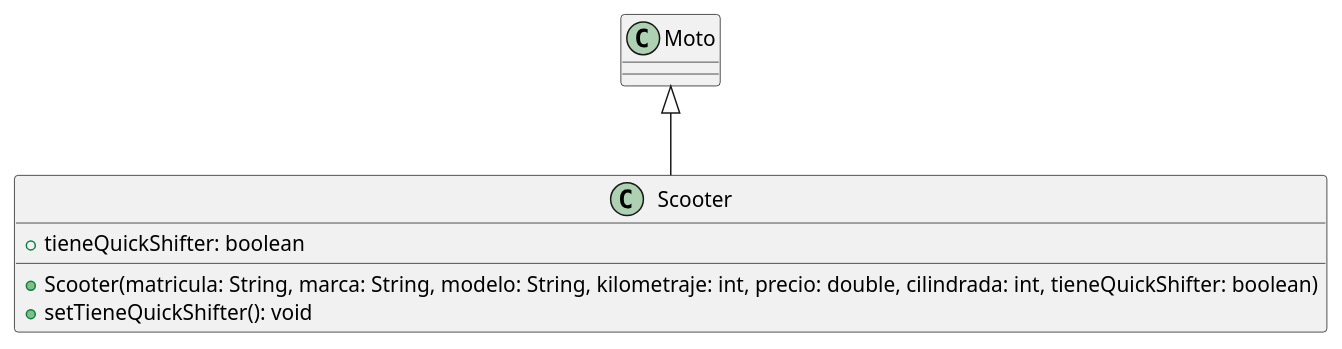
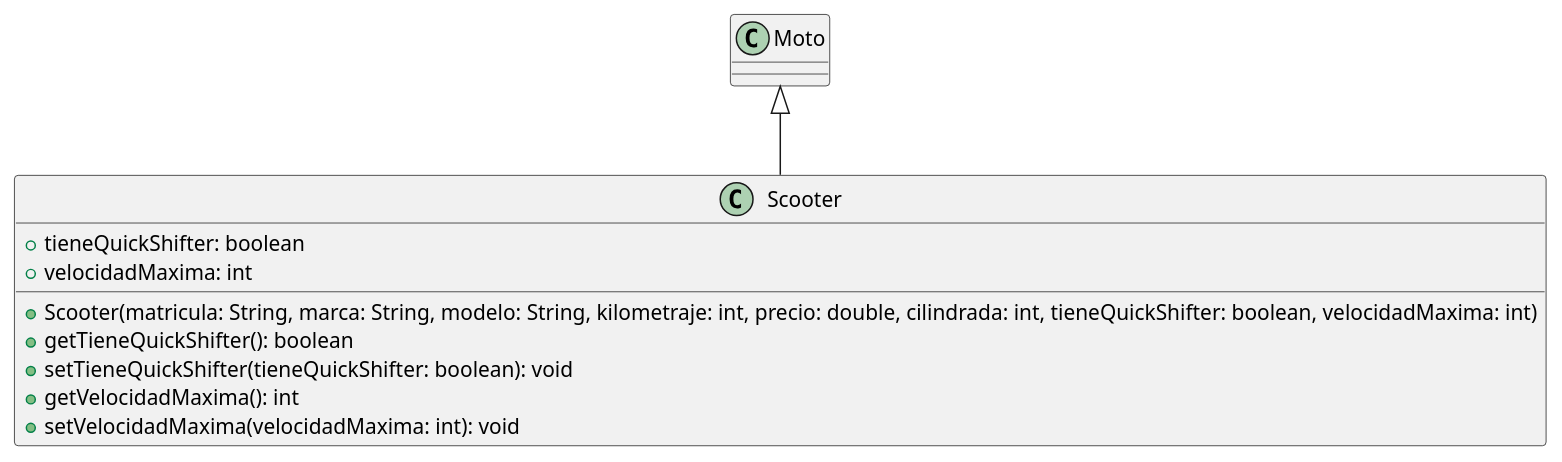
The diagram in uml/MotoDeportiva.puml (crobles98/UT5_ED_Prog), drawn with PlantUML before and after one commit.

Commit message:
Corregir atributos y métodos

```diff
--- a/uml/MotoDeportiva.puml
+++ b/uml/MotoDeportiva.puml
@@ -1,7 +1,11 @@
 @startuml
 class Scooter extends Moto {
   + tieneQuickShifter: boolean
-  + Scooter(matricula: String, marca: String, modelo: String, kilometraje: int, precio: double, cilindrada: int, tieneQuickShifter: boolean)
-  + setTieneQuickShifter(): void
+  + velocidadMaxima: int
+  + Scooter(matricula: String, marca: String, modelo: String, kilometraje: int, precio: double, cilindrada: int, tieneQuickShifter: boolean, velocidadMaxima: int)
+  + getTieneQuickShifter(): boolean
+  + setTieneQuickShifter(tieneQuickShifter: boolean): void
+  + getVelocidadMaxima(): int
+  + setVelocidadMaxima(velocidadMaxima: int): void
 }
 @enduml
```
